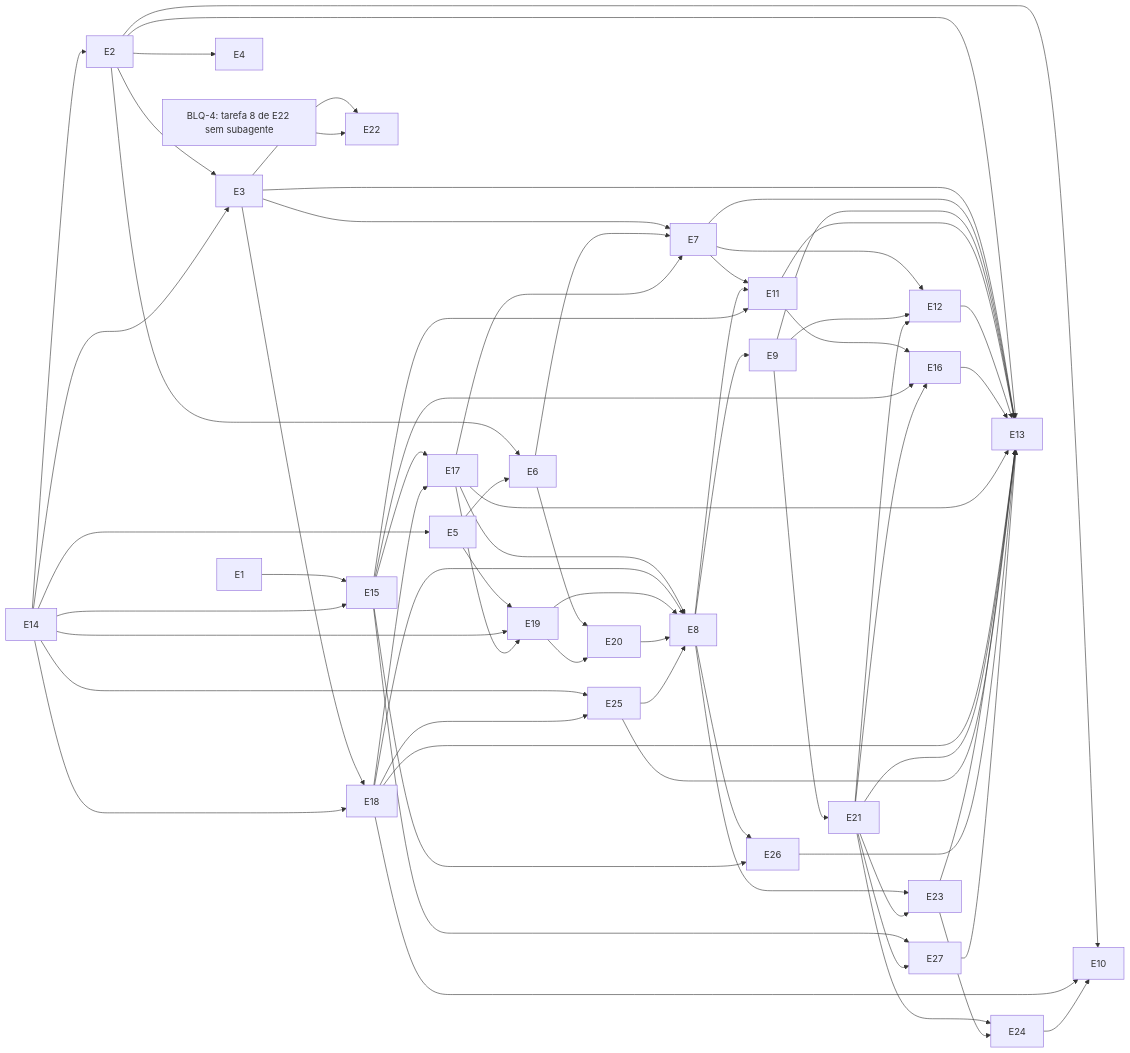
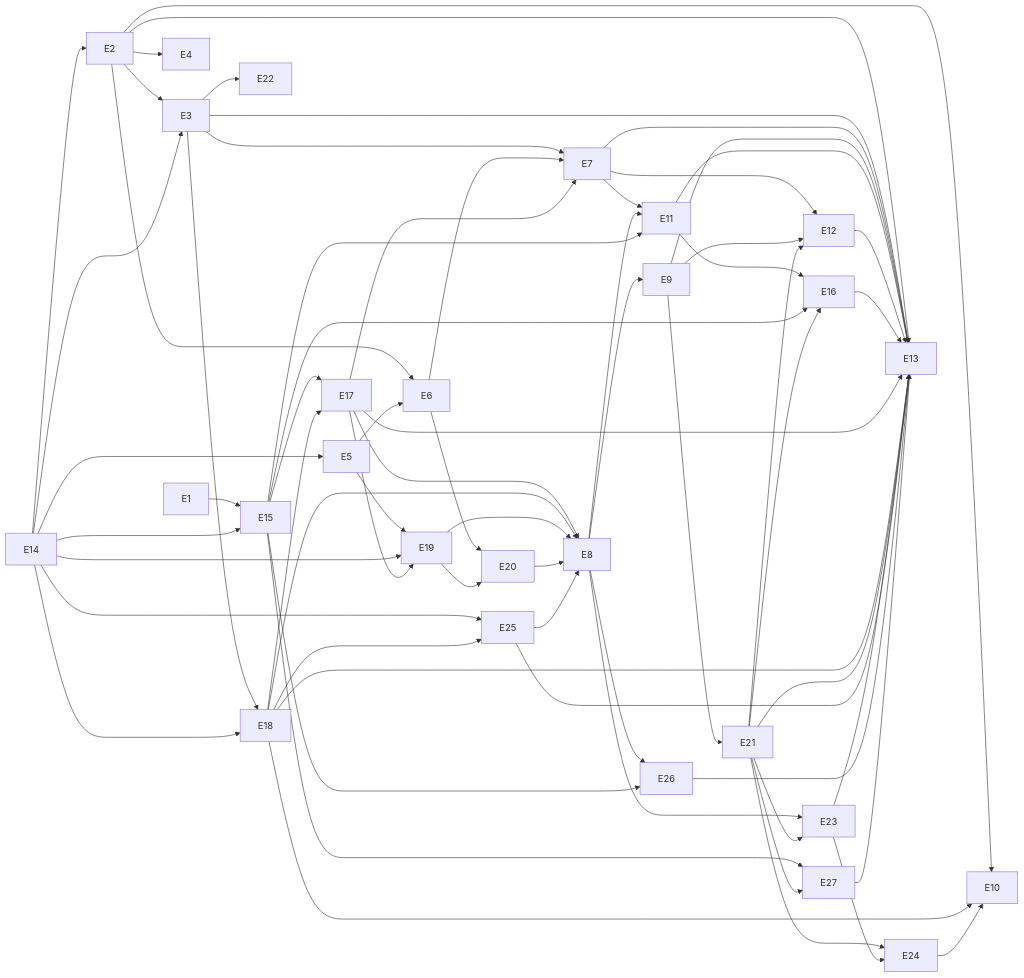
One commit to odeciojunior/claude-play changed the diagram in docs/plans/roadmap-evolucao-skills/critical-path.md. Above: the diagram before and after it, drawn with Mermaid. The commit also changed other lines of this file and 3 other files, not shown here.

Commit message:
docs(roadmap): emenda do dono a DEC-145 (DEC-253) e BLQ-4 fechado

````diff
--- a/docs/plans/roadmap-evolucao-skills/critical-path.md
+++ b/docs/plans/roadmap-evolucao-skills/critical-path.md
@@ -3,69 +3,68 @@
 ```mermaid
 graph LR
   E1 --> E15
   E14 --> E15
   E14 --> E2
   E2 --> E3
   E14 --> E3
   E3 --> E18
   E14 --> E18
   E14 --> E25
   E18 --> E25
   E3 --> E22
   E2 --> E4
   E15 --> E17
   E18 --> E17
   E14 --> E5
   E5 --> E19
   E14 --> E19
   E17 --> E19
   E2 --> E6
   E5 --> E6
   E6 --> E20
   E19 --> E20
   E3 --> E7
   E6 --> E7
   E17 --> E7
   E17 --> E8
   E18 --> E8
   E19 --> E8
   E20 --> E8
   E25 --> E8
   E7 --> E11
   E8 --> E11
   E15 --> E11
   E8 --> E26
   E15 --> E26
   E8 --> E9
   E9 --> E21
   E8 --> E23
   E21 --> E23
   E21 --> E24
   E23 --> E24
   E11 --> E16
   E15 --> E16
   E21 --> E16
   E15 --> E27
   E21 --> E27
   E2 --> E10
   E18 --> E10
   E24 --> E10
   E7 --> E12
   E9 --> E12
   E21 --> E12
   E2 --> E13
   E3 --> E13
   E7 --> E13
   E9 --> E13
   E11 --> E13
   E12 --> E13
   E16 --> E13
   E17 --> E13
   E18 --> E13
   E21 --> E13
   E23 --> E13
   E25 --> E13
   E26 --> E13
   E27 --> E13
-  BLQ4["BLQ-4: tarefa 8 de E22 sem subagente"] --> E22
 ```
````
